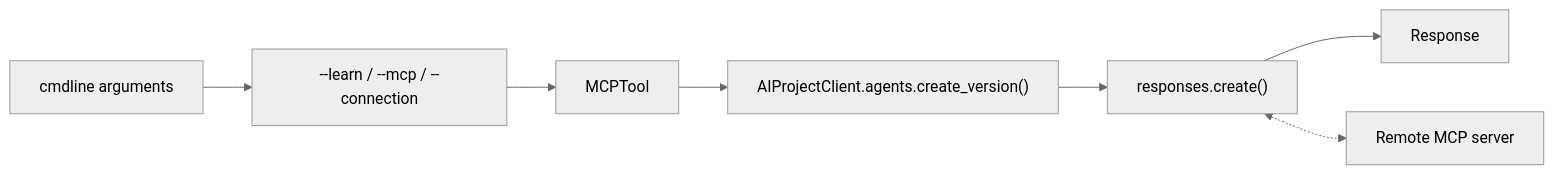
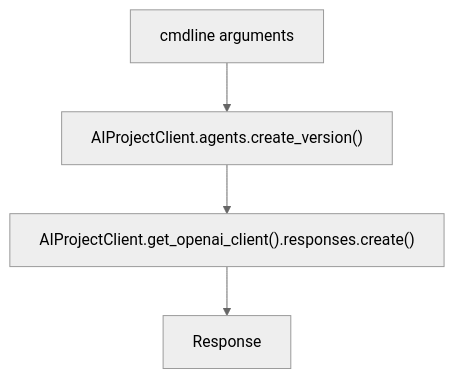
Diagram 11 of 12 in python/README.md (ivorycloud1013/lab-azure-hol-ai-services), drawn with Mermaid before and after one commit. The commit also changed other lines of this file and 1 other file, not shown here.

Commit message:
refactor: MCP 스크립트의 --learn 을 --mcp 로 합치고 Learn 은 예시로만 남긴다

````diff
--- a/python/README.md
+++ b/python/README.md
@@ -480,6 +457,5 @@
 ```mermaid
 %%{init: {"theme": "neutral"}}%%
-flowchart LR
-    USER["cmdline arguments"] --> SPEC["--learn / --mcp / --connection"] --> TOOL["MCPTool"] --> AG["AIProjectClient.agents.create_version()"] --> ASK["responses.create()"] --> OUT["Response"]
-    ASK <-.-> SRV["Remote MCP server"]
+flowchart TB
+    USER["cmdline arguments"] --> AG["AIProjectClient.agents.create_version()"] --> ASK["AIProjectClient.get_openai_client().responses.create()"] --> OUT["Response"]
 ```
````
